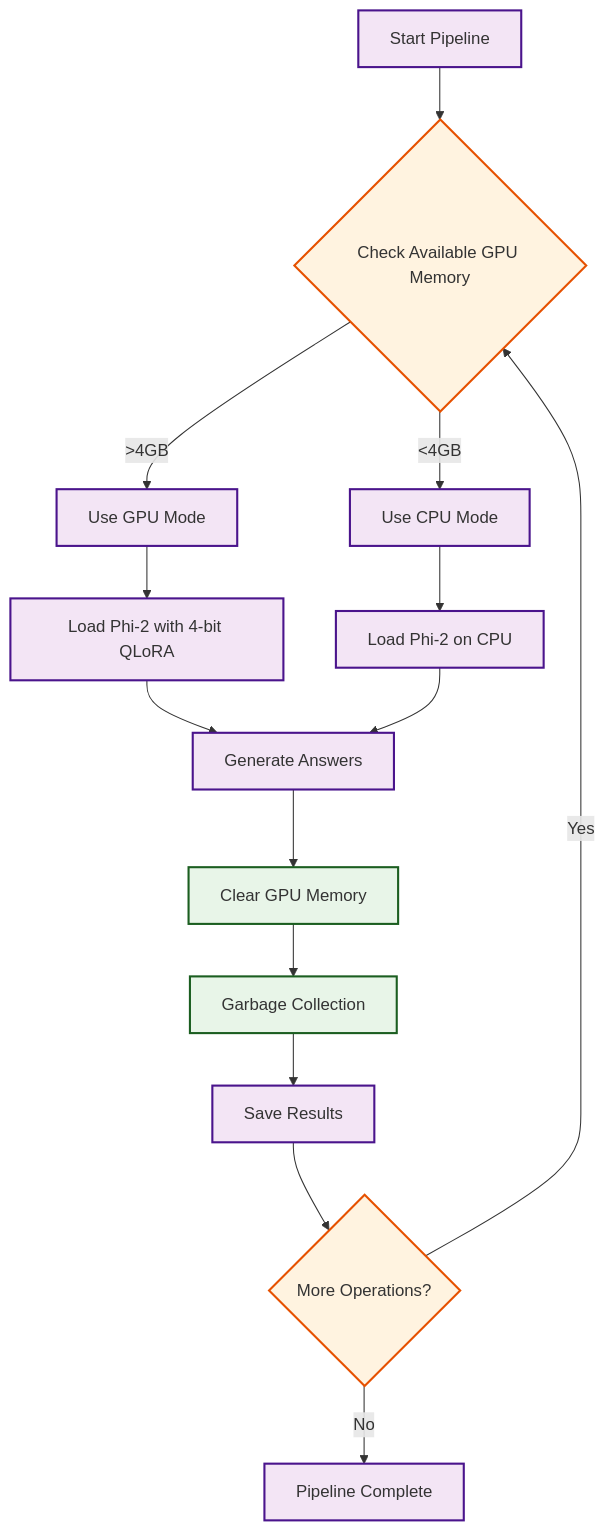
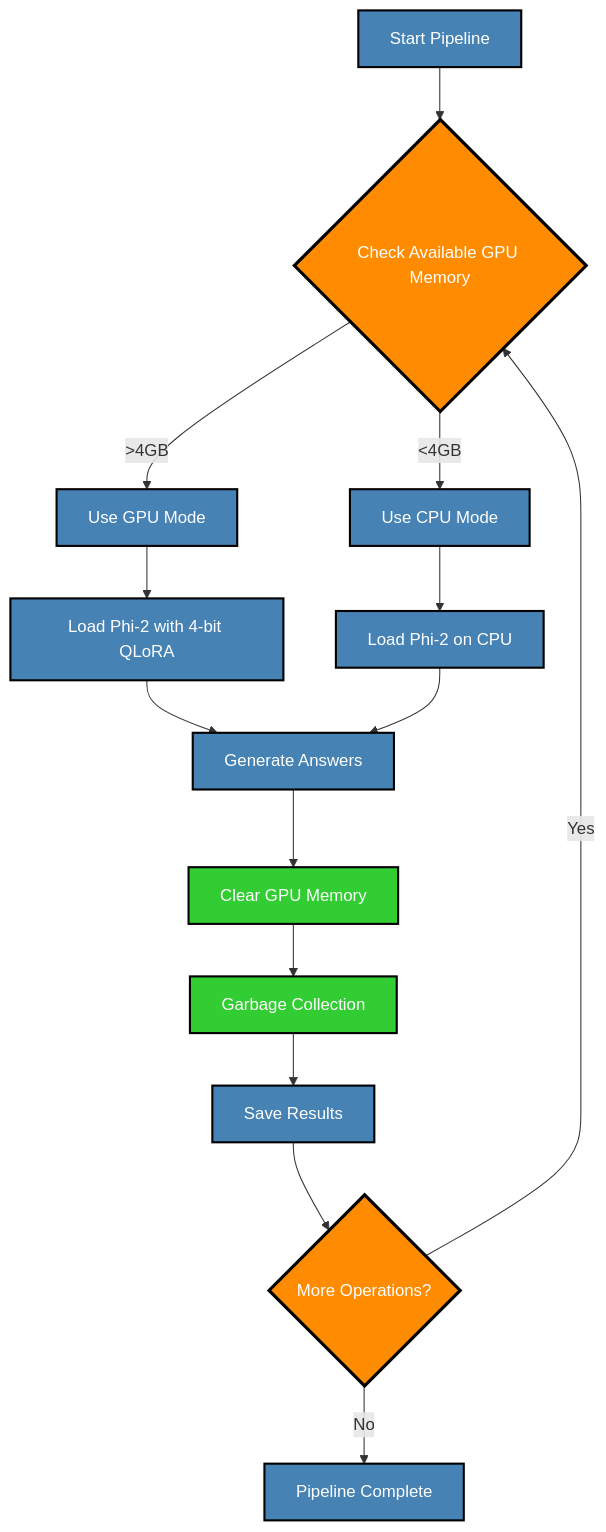
Before and after one commit to Gokul-2004/kubernetes-knowledge-distillation-pipeline: the second of 3 diagrams in README.md, drawn with Mermaid. The commit also changed other lines of this file, not shown here.

Commit message:
Fix Mermaid diagram colors for dark mode readability

````diff
--- a/README.md
+++ b/README.md
@@ -189,28 +189,28 @@
 ```mermaid
 flowchart TD
     A[Start Pipeline] --> B{Check Available GPU Memory}
     B -->|>4GB| C[Use GPU Mode]
     B -->|<4GB| D[Use CPU Mode]
     
     C --> E[Load Phi-2 with 4-bit QLoRA]
     D --> F[Load Phi-2 on CPU]
     
     E --> G[Generate Answers]
     F --> G
     
     G --> H[Clear GPU Memory]
     H --> I[Garbage Collection]
     I --> J[Save Results]
     
     J --> K{More Operations?}
     K -->|Yes| B
     K -->|No| L[Pipeline Complete]
     
-    classDef decision fill:#fff3e0,stroke:#e65100,stroke-width:2px
-    classDef process fill:#f3e5f5,stroke:#4a148c,stroke-width:2px
-    classDef memory fill:#e8f5e8,stroke:#1b5e20,stroke-width:2px
+    classDef decision fill:#FF8C00,stroke:#000000,stroke-width:3px,color:#FFFFFF
+    classDef process fill:#4682B4,stroke:#000000,stroke-width:2px,color:#FFFFFF
+    classDef memory fill:#32CD32,stroke:#000000,stroke-width:2px,color:#FFFFFF
     
     class B,K decision
     class A,C,D,E,F,G,J,L process
     class H,I memory
 ```
````
